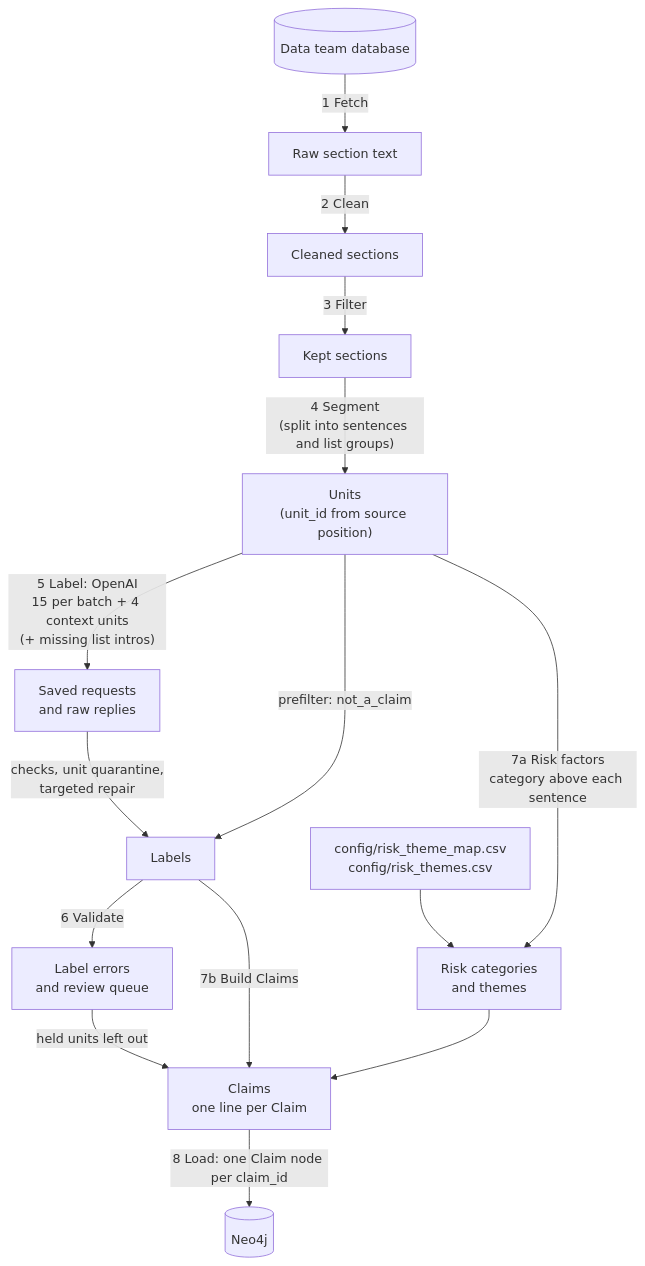
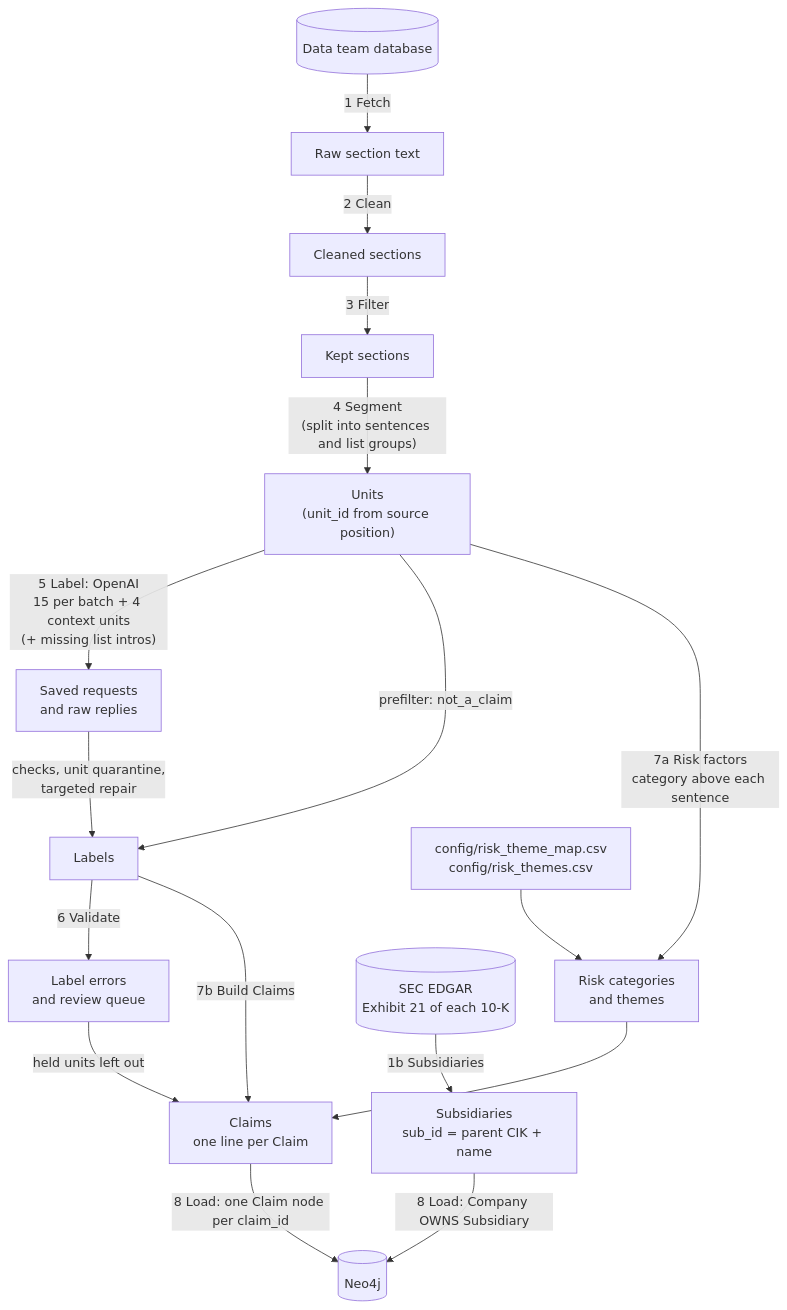
Before and after one commit to ZiyiClaudiaWang/KPMG-GraphRAG: the first of 4 diagrams in extraction_pipeline/README.md, drawn with Mermaid. The commit also changed other lines of this file and 9 other files, not shown here.

````diff
--- a/extraction_pipeline/README.md
+++ b/extraction_pipeline/README.md
@@ -82,17 +82,19 @@
 ```mermaid
 flowchart TD
     DB[("Data team database")] -->|"1 Fetch"| SEC["Raw section text"]
     SEC -->|"2 Clean"| CLN["Cleaned sections"]
     CLN -->|"3 Filter"| MAN["Kept sections"]
     MAN -->|"4 Segment<br/>(split into sentences and list groups)"| UNITS["Units<br/>(unit_id from source position)"]
     UNITS -->|"5 Label: OpenAI<br/>15 per batch + 4 context units<br/>(+ missing list intros)"| CACHE["Saved requests<br/>and raw replies"]
     CACHE -->|"checks, unit quarantine,<br/>targeted repair"| LAB["Labels"]
     UNITS -->|"prefilter: not_a_claim"| LAB
     LAB -->|"6 Validate"| REV["Label errors<br/>and review queue"]
     UNITS -->|"7a Risk factors<br/>category above each sentence"| RF["Risk categories<br/>and themes"]
     MAP["config/risk_theme_map.csv<br/>config/risk_themes.csv"] --> RF
     LAB -->|"7b Build Claims"| CLM["Claims<br/>one line per Claim"]
     RF --> CLM
     REV -->|"held units left out"| CLM
     CLM -->|"8 Load: one Claim node per claim_id"| NEO[("Neo4j")]
+    EDGAR[("SEC EDGAR<br/>Exhibit 21 of each 10-K")] -->|"1b Subsidiaries"| SUBS["Subsidiaries<br/>sub_id = parent CIK + name"]
+    SUBS -->|"8 Load: Company OWNS Subsidiary"| NEO
 ```
````
